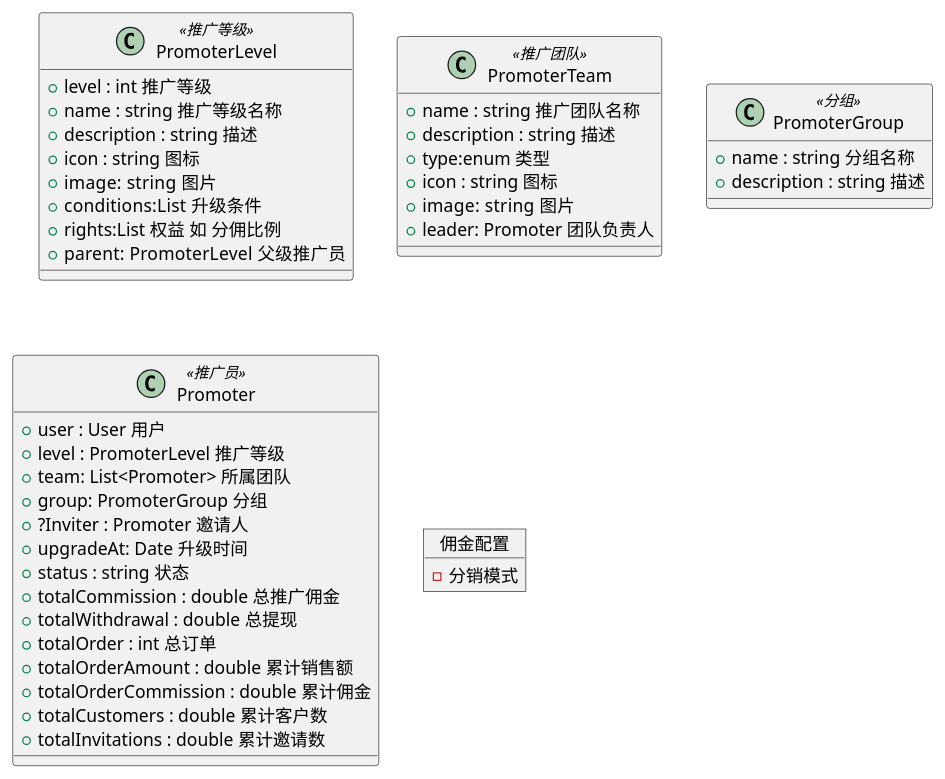
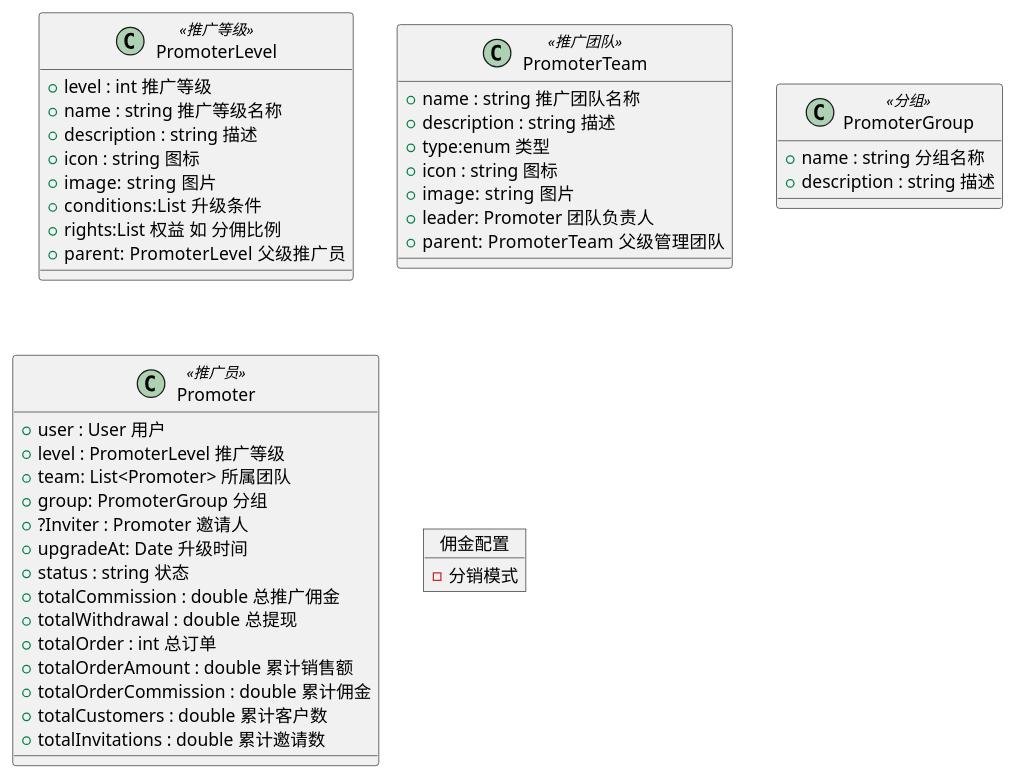
The diagram in docs/distribution/distribution.puml (red-jasmine/framework), drawn with PlantUML before and after one commit.

Commit message:
feat(PromoterTeam): 添加父级管理团队属性
- 在 PromoterTeam 类中增加了 parent 属性，用于表示父级管理团队- 这个改动扩展了团队管理的层级结构，为实现更复杂的团队关系和管理功能提供了基础

```diff
--- a/docs/distribution/distribution.puml
+++ b/docs/distribution/distribution.puml
@@ -1,55 +1,56 @@
 @startuml
 'https://plantuml.com/class-diagram
 
 
 class PromoterLevel<<推广等级>> {
 +level : int 推广等级
 +name : string 推广等级名称
 +description : string 描述
 +icon : string 图标
 +image:  string 图片
 +conditions:List  升级条件
 +rights:List 权益 如 分佣比例
 +parent:  PromoterLevel 父级推广员
 }
 class PromoterTeam<<推广团队>>{
 +name : string 推广团队名称
 +description : string 描述
 +type:enum 类型
 +icon : string 图标
 +image:  string 图片
 +leader: Promoter 团队负责人
++ parent:  PromoterTeam 父级管理团队
 }
 
 class PromoterGroup<<分组>>{
 +name : string 分组名称
 + description : string 描述
 }
 
 class Promoter<<推广员>> {
 + user : User 用户
 + level : PromoterLevel 推广等级
 + team: List<Promoter> 所属团队
 + group: PromoterGroup 分组
 + ?Inviter : Promoter 邀请人
 + upgradeAt: Date 升级时间
 + status : string 状态
 + totalCommission : double 总推广佣金
 + totalWithdrawal : double 总提现
 + totalOrder : int 总订单
 + totalOrderAmount : double 累计销售额
 + totalOrderCommission : double 累计佣金
 + totalCustomers : double 累计客户数
 + totalInvitations : double 累计邀请数
 }
 
 
 
 object 佣金配置{
 
 - 分销模式
 
 
 }
 
 @enduml
```
